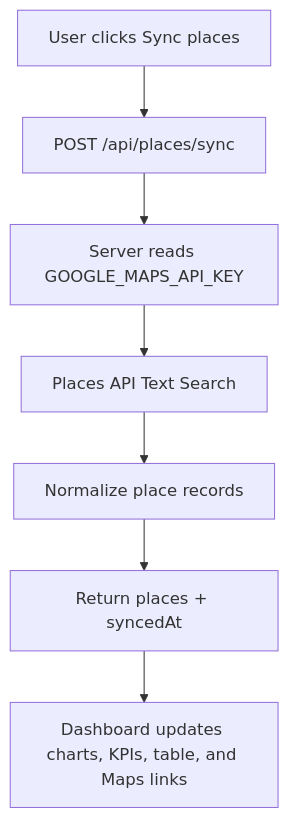
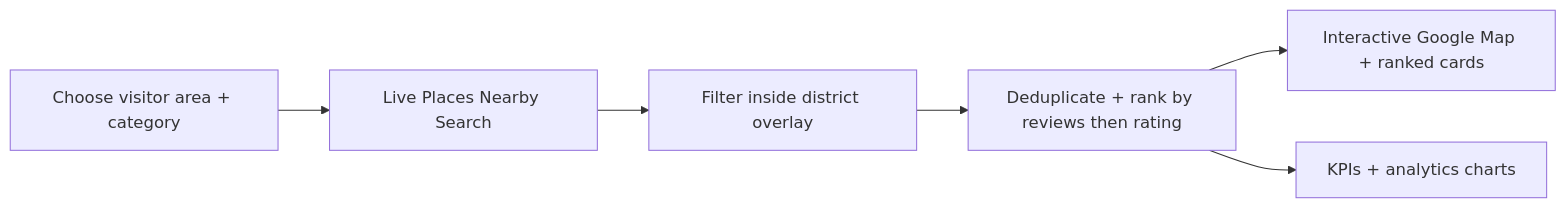
The diagram in README.md (Shonh-debug/go-saigon), drawn with Mermaid before and after one commit. The commit also changed other lines of this file and 31 other files, not shown here.

````diff
--- a/README.md
+++ b/README.md
@@ -32,9 +15,8 @@
 ```mermaid
-flowchart TD
-  A["User clicks Sync places"] --> B["POST /api/places/sync"]
-  B --> C["Server reads GOOGLE_MAPS_API_KEY"]
-  C --> D["Places API Text Search"]
-  D --> E["Normalize place records"]
-  E --> F["Return places + syncedAt"]
-  F --> G["Dashboard updates charts, KPIs, table, and Maps links"]
+flowchart LR
+  A["Choose visitor area + category"] --> B["Live Places Nearby Search"]
+  B --> C["Filter inside district overlay"]
+  C --> D["Deduplicate + rank by reviews then rating"]
+  D --> E["Interactive Google Map + ranked cards"]
+  D --> F["KPIs + analytics charts"]
 ```
````
